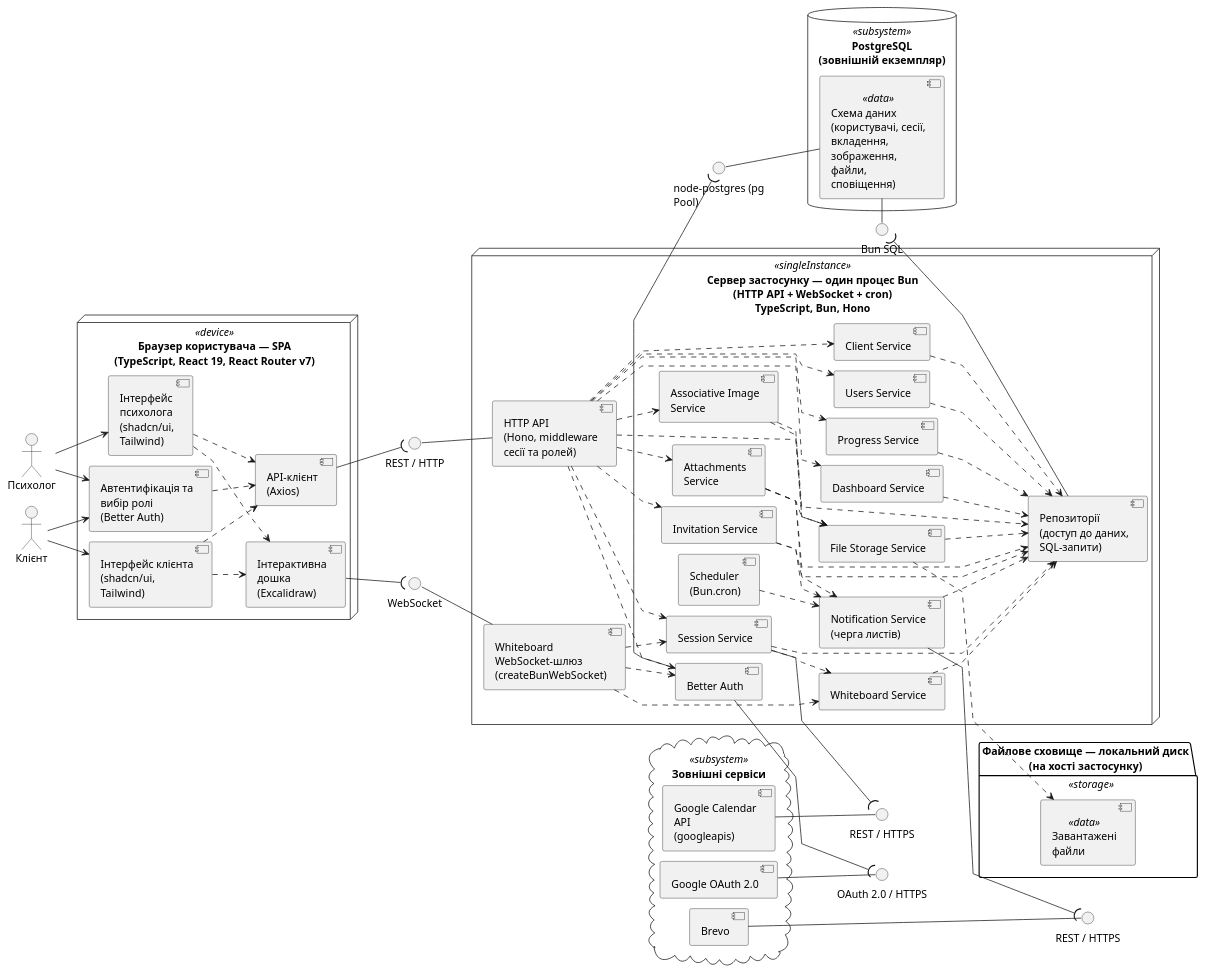
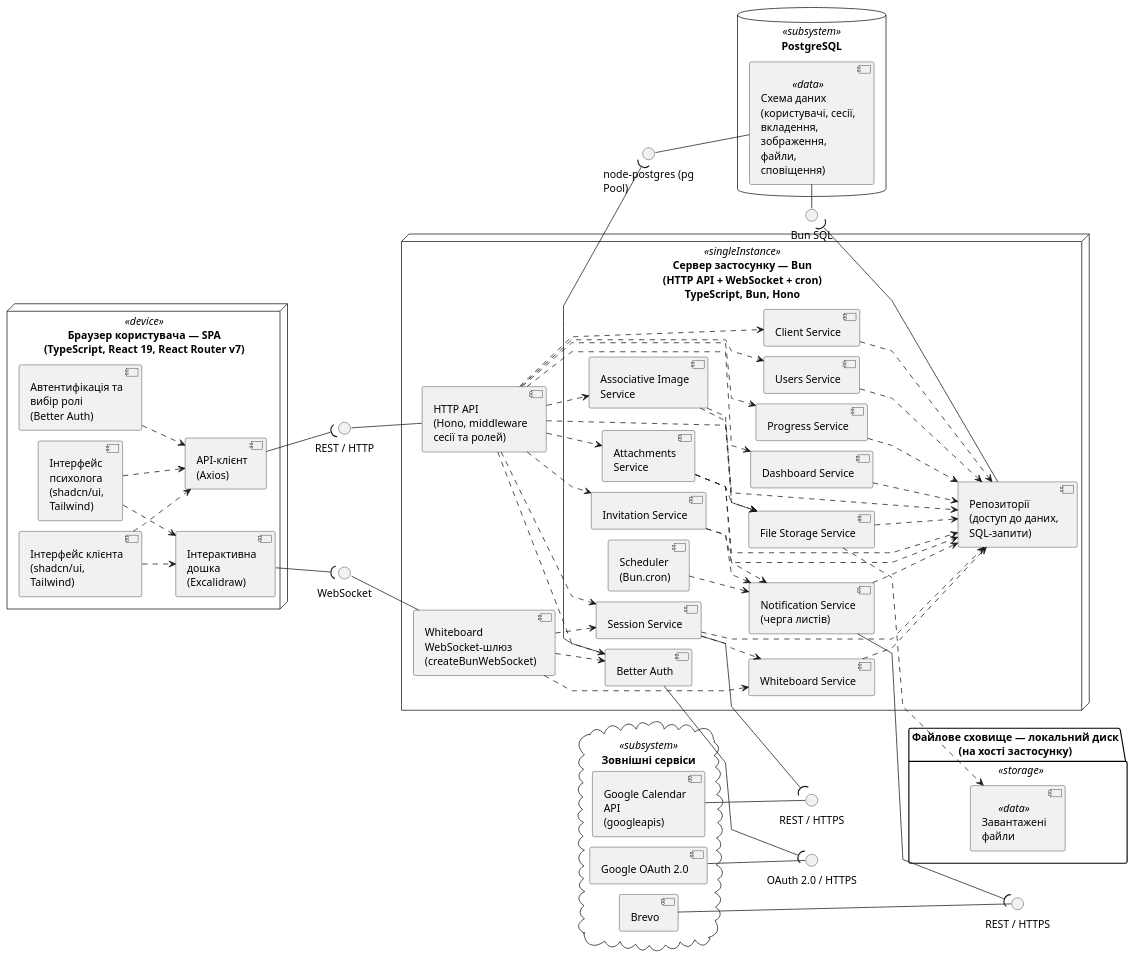
Before and after one commit to ArtemSmotritel/psycho: the diagram in docs/diagrams/structural-scheme-psm-deployment.puml, drawn with PlantUML. The commit also changed 49 other files, not shown here.

```diff
--- a/docs/diagrams/structural-scheme-psm-deployment.puml
+++ b/docs/diagrams/structural-scheme-psm-deployment.puml
@@ -1,146 +1,137 @@
 @startuml
 ' Підрозділ 3.2 — Структурна схема реалізації (PSM), варіант із вузлами розгортання.
 ' Уточнює діаграму компонентів (додаток Г) технологіями реалізації з підрозділу 3.1
 ' та відображає цільову платформу: підсистеми загорнуто у вузли розгортання,
 ' позначено обмеження розгортання в один екземпляр.
 
 skinparam defaultFontName Arial
 skinparam shadowing false
 skinparam componentStyle uml2
 skinparam packageStyle rectangle
 skinparam wrapWidth 130
 left to right direction
 skinparam linetype polyline
 skinparam defaultFontSize 14
 skinparam nodesep 14
 skinparam ranksep 45
 
-actor "Психолог" as psycho
-actor "Клієнт" as clientActor
-
 node "Браузер користувача — SPA\n(TypeScript, React 19, React Router v7)" <<device>> {
     component "Автентифікація та вибір ролі\n(Better Auth)" as cAuth
     component "Інтерфейс психолога\n(shadcn/ui, Tailwind)" as cPsyUI
     component "Інтерфейс клієнта\n(shadcn/ui, Tailwind)" as cCliUI
     component "Інтерактивна дошка\n(Excalidraw)" as cBoard
     component "API-клієнт\n(Axios)" as cApi
 }
 
-node "Сервер застосунку — один процес Bun\n(HTTP API + WebSocket + cron)\nTypeScript, Bun, Hono" <<singleInstance>> as appServer {
+node "Сервер застосунку — Bun\n(HTTP API + WebSocket + cron)\nTypeScript, Bun, Hono" <<singleInstance>> as appServer {
     component "HTTP API\n(Hono, middleware сесії та ролей)" as sHttp
     component "Whiteboard WebSocket-шлюз\n(createBunWebSocket)" as sGateway
     component "Scheduler\n(Bun.cron)" as sCron
     component "Notification Service\n(черга листів)" as sNotif
     component "Better Auth" as sAuth
 
     component "Users Service" as sUsers
     component "Client Service" as sClients
     component "Invitation Service" as sInvites
     component "Session Service" as sSessions
     component "Whiteboard Service" as sWhiteboard
     component "Attachments Service" as sAttach
     component "File Storage Service" as sFiles
     component "Associative Image Service" as sImages
     component "Dashboard Service" as sDash
     component "Progress Service" as sProgress
 
     component "Репозиторії\n(доступ до даних, SQL-запити)" as sRepo
 }
 
-database "PostgreSQL\n(зовнішній екземпляр)" <<subsystem>> {
+database "PostgreSQL" <<subsystem>> {
     component "Схема даних\n(користувачі, сесії, вкладення,\nзображення, файли, сповіщення)" <<data>> as dSchema
 }
 
 folder "Файлове сховище — локальний диск\n(на хості застосунку)" <<storage>> {
     component "Завантажені файли" <<data>> as fFiles
 }
 
 cloud "Зовнішні сервіси" <<subsystem>> {
     component "Google OAuth 2.0" as extOAuth
     component "Google Calendar API\n(googleapis)" as extCalendar
     component "Brevo" as extMail
 }
 
 ' ---- Канали клієнт–сервер ----
 interface "REST / HTTP" as iRest
 interface "WebSocket" as iWs
 cApi --( iRest
 iRest -- sHttp
 cBoard --( iWs
 iWs -- sGateway
-
-' ---- Актори ----
-psycho --> cAuth
-psycho --> cPsyUI
-clientActor --> cAuth
-clientActor --> cCliUI
 
 ' ---- Клієнтська частина ----
 cPsyUI ..> cBoard
 cCliUI ..> cBoard
 cAuth ..> cApi
 cPsyUI ..> cApi
 cCliUI ..> cApi
 
 ' ---- Маршрутизація до сервісів ----
 sHttp ..> sAuth
 sHttp ..> sUsers
 sHttp ..> sClients
 sHttp ..> sInvites
 sHttp ..> sSessions
 sHttp ..> sAttach
 sHttp ..> sFiles
 sHttp ..> sImages
 sHttp ..> sDash
 sHttp ..> sProgress
 sGateway ..> sAuth
 sGateway ..> sSessions
 sGateway ..> sWhiteboard
 
 sAttach ..> sFiles
 sImages ..> sFiles
 sSessions .[norank].> sWhiteboard
 
 sCron ..> sNotif
 sInvites ..> sNotif
 sAttach ..> sNotif
 
 ' ---- Доступ до даних ----
 ' Усі сервіси звертаються до даних через шар репозиторіїв (SQL-запити),
 ' а не безпосередньо до драйвера БД.
 sUsers ..> sRepo
 sClients ..> sRepo
 sInvites ..> sRepo
 sSessions ..> sRepo
 sWhiteboard ..> sRepo
 sAttach ..> sRepo
 sFiles ..> sRepo
 sImages ..> sRepo
 sDash ..> sRepo
 sProgress ..> sRepo
 sNotif ..> sRepo
 
 interface "Bun SQL" as iBunSql
 iBunSql -left- dSchema
 sRepo -up-( iBunSql
 
 ' Better Auth веде власний доступ до тієї ж БД через окремий драйвер
 interface "node-postgres (pg Pool)" as iPg
 iPg -- dSchema
 sAuth --( iPg
 
 ' ---- Файлове сховище ----
 sFiles ..> fFiles
 
 ' ---- Зовнішні сервіси (складання «кулька-гніздо», протокол на інтерфейсі) ----
 interface "OAuth 2.0 / HTTPS" as iOAuth
 interface "REST / HTTPS" as iCalendar
 interface "REST / HTTPS" as iMail
 extOAuth -- iOAuth
 extCalendar -- iCalendar
 extMail -- iMail
 sAuth --( iOAuth
 sSessions --( iCalendar
 sNotif --( iMail
 
 @enduml
```
